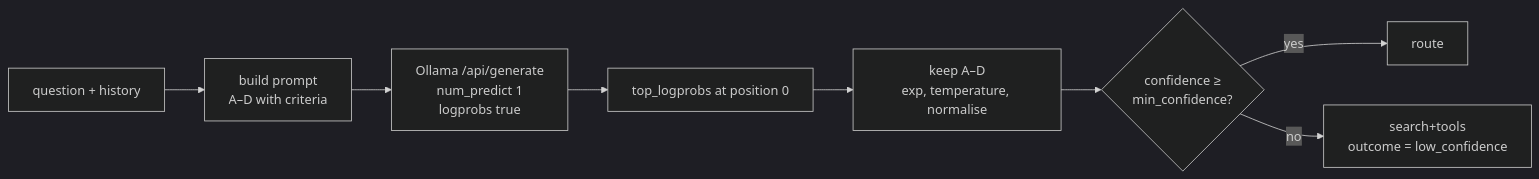
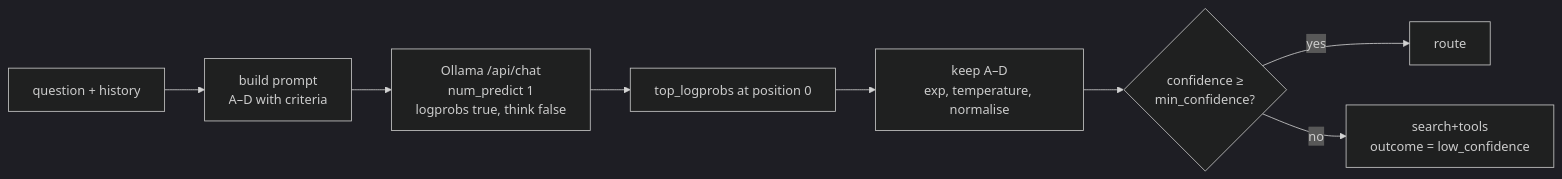
Before and after one commit to aarora79/meru: the diagram in docs/fast-router.md, drawn with Mermaid (dark theme). The commit also changed other lines of this file and 4 other files, not shown here.

````diff
--- a/docs/fast-router.md
+++ b/docs/fast-router.md
@@ -49,10 +51,10 @@
 ```mermaid
 flowchart LR
     Q["question + history"] --> P["build prompt<br/>A–D with criteria"]
-    P --> O["Ollama /api/generate<br/>num_predict 1<br/>logprobs true"]
+    P --> O["Ollama /api/chat<br/>num_predict 1<br/>logprobs true, think false"]
     O --> T["top_logprobs at position 0"]
     T --> F["keep A–D<br/>exp, temperature, normalise"]
     F --> C{"confidence ≥<br/>min_confidence?"}
     C -- yes --> R["route"]
     C -- no --> FB["search+tools<br/>outcome = low_confidence"]
 ```
````
